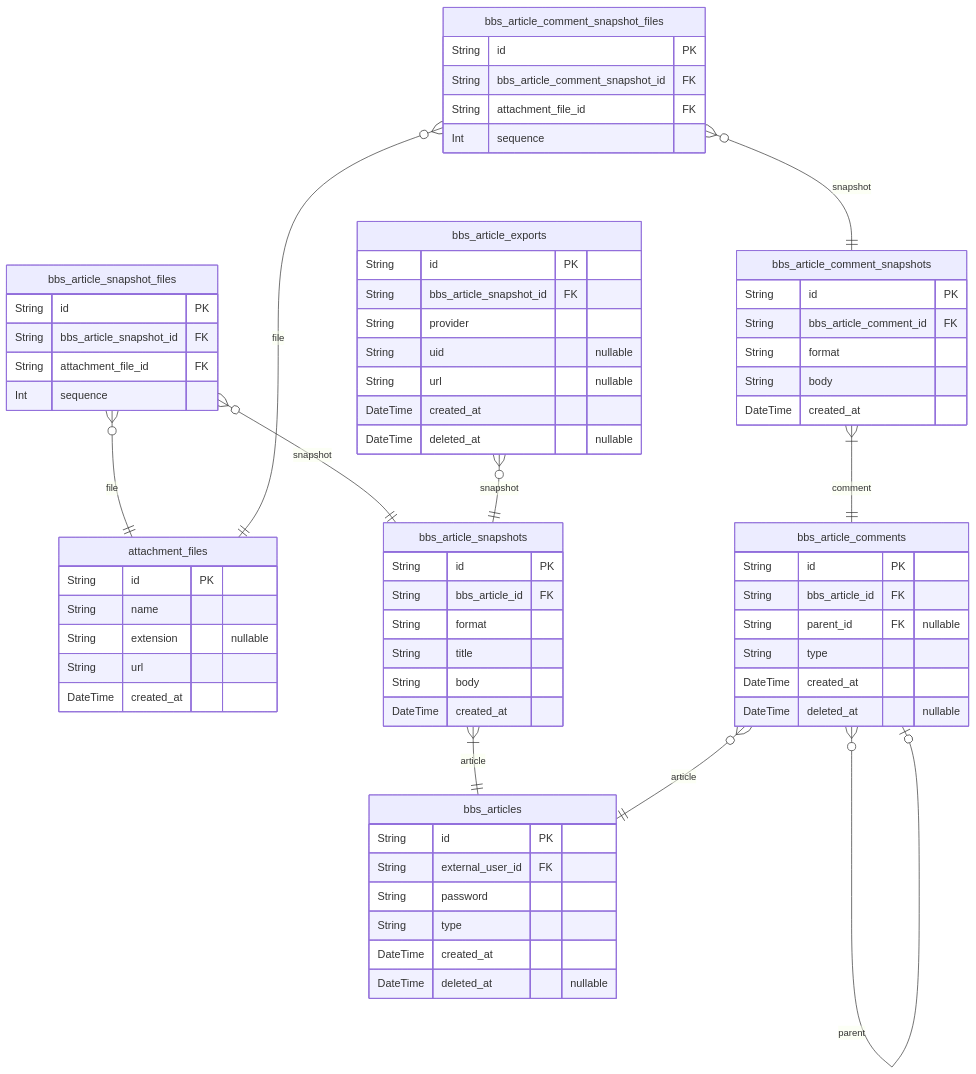
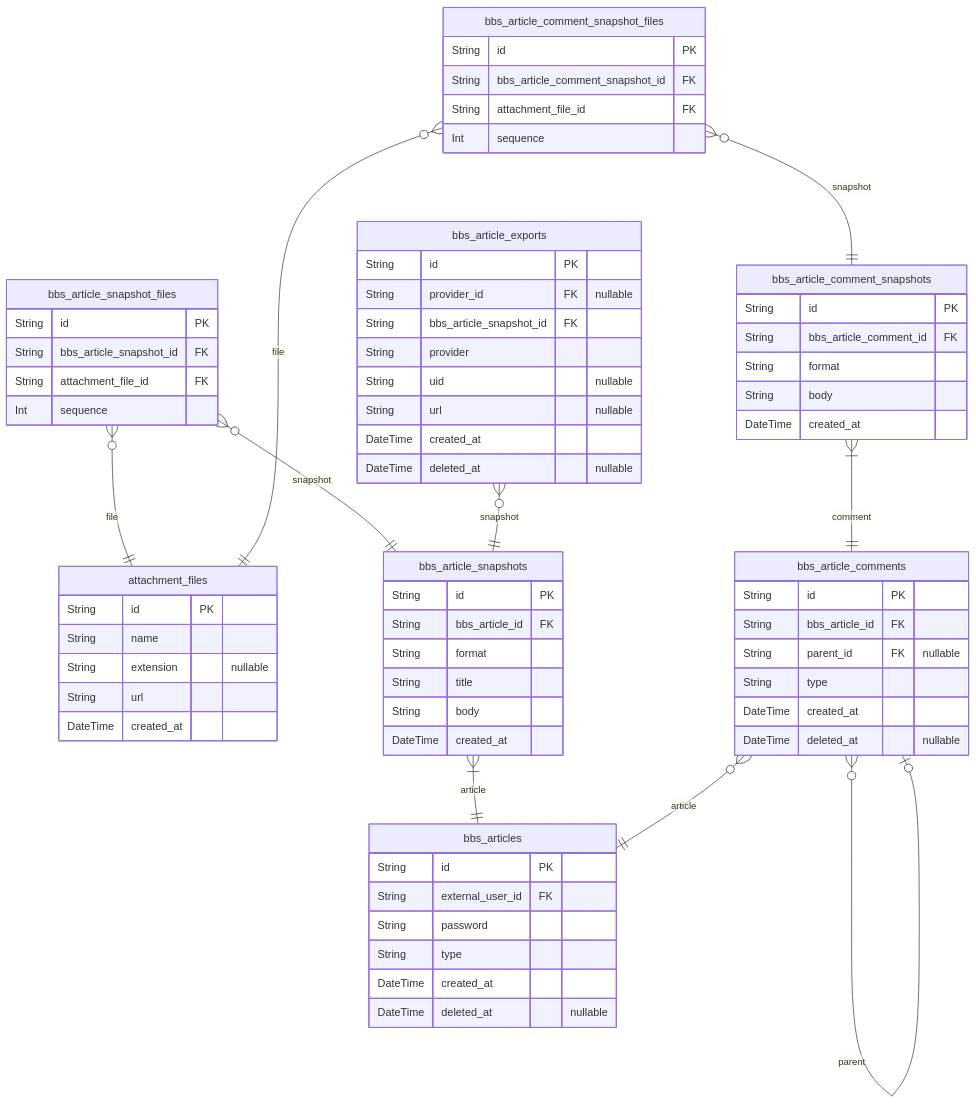
The fourth of 8 diagrams in docs/ERD.md (wrtnio/connectors), drawn with Mermaid before and after one commit. The commit also changed other lines of this file and 2 other files, not shown here.

Commit message:
fix: add provider table

````diff
--- a/docs/ERD.md
+++ b/docs/ERD.md
@@ -117,71 +117,72 @@
 ```mermaid
 erDiagram
 "attachment_files" {
   String id PK
   String name
   String extension "nullable"
   String url
   DateTime created_at
 }
 "bbs_articles" {
   String id PK
   String external_user_id FK
   String password
   String type
   DateTime created_at
   DateTime deleted_at "nullable"
 }
 "bbs_article_snapshots" {
   String id PK
   String bbs_article_id FK
   String format
   String title
   String body
   DateTime created_at
 }
 "bbs_article_snapshot_files" {
   String id PK
   String bbs_article_snapshot_id FK
   String attachment_file_id FK
   Int sequence
 }
 "bbs_article_comments" {
   String id PK
   String bbs_article_id FK
   String parent_id FK "nullable"
   String type
   DateTime created_at
   DateTime deleted_at "nullable"
 }
 "bbs_article_comment_snapshots" {
   String id PK
   String bbs_article_comment_id FK
   String format
   String body
   DateTime created_at
 }
 "bbs_article_comment_snapshot_files" {
   String id PK
   String bbs_article_comment_snapshot_id FK
   String attachment_file_id FK
   Int sequence
 }
 "bbs_article_exports" {
   String id PK
+  String provider_id FK "nullable"
   String bbs_article_snapshot_id FK
   String provider
   String uid "nullable"
   String url "nullable"
   DateTime created_at
   DateTime deleted_at "nullable"
 }
 "bbs_article_snapshots" }|--|| "bbs_articles" : article
 "bbs_article_snapshot_files" }o--|| "bbs_article_snapshots" : snapshot
 "bbs_article_snapshot_files" }o--|| "attachment_files" : file
 "bbs_article_comments" }o--|| "bbs_articles" : article
 "bbs_article_comments" }o--o| "bbs_article_comments" : parent
 "bbs_article_comment_snapshots" }|--|| "bbs_article_comments" : comment
 "bbs_article_comment_snapshot_files" }o--|| "bbs_article_comment_snapshots" : snapshot
 "bbs_article_comment_snapshot_files" }o--|| "attachment_files" : file
 "bbs_article_exports" }o--|| "bbs_article_snapshots" : snapshot
 ```
````
